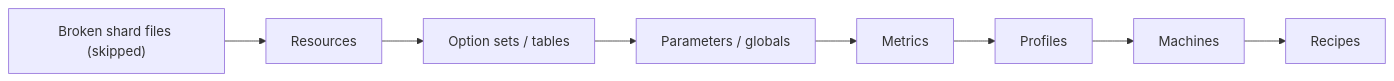
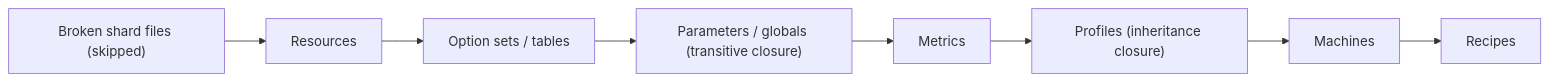
Before and after one commit to Hagoel-git/factory-planner: the second of 2 diagrams in docs/design/gamedata-v4-spec.md, drawn with Mermaid. The commit also changed other lines of this file, not shown here.

````diff
--- a/docs/design/gamedata-v4-spec.md
+++ b/docs/design/gamedata-v4-spec.md
@@ -723,10 +737,10 @@
 ```mermaid
 flowchart LR
     S["Broken shard files (skipped)"] --> R["Resources"]
     R --> O["Option sets / tables"]
-    O --> P["Parameters / globals"]
+    O --> P["Parameters / globals (transitive closure)"]
     P --> M["Metrics"]
-    M --> F["Profiles"]
+    M --> F["Profiles (inheritance closure)"]
     F --> MA["Machines"]
     MA --> RE["Recipes"]
 ```
````
